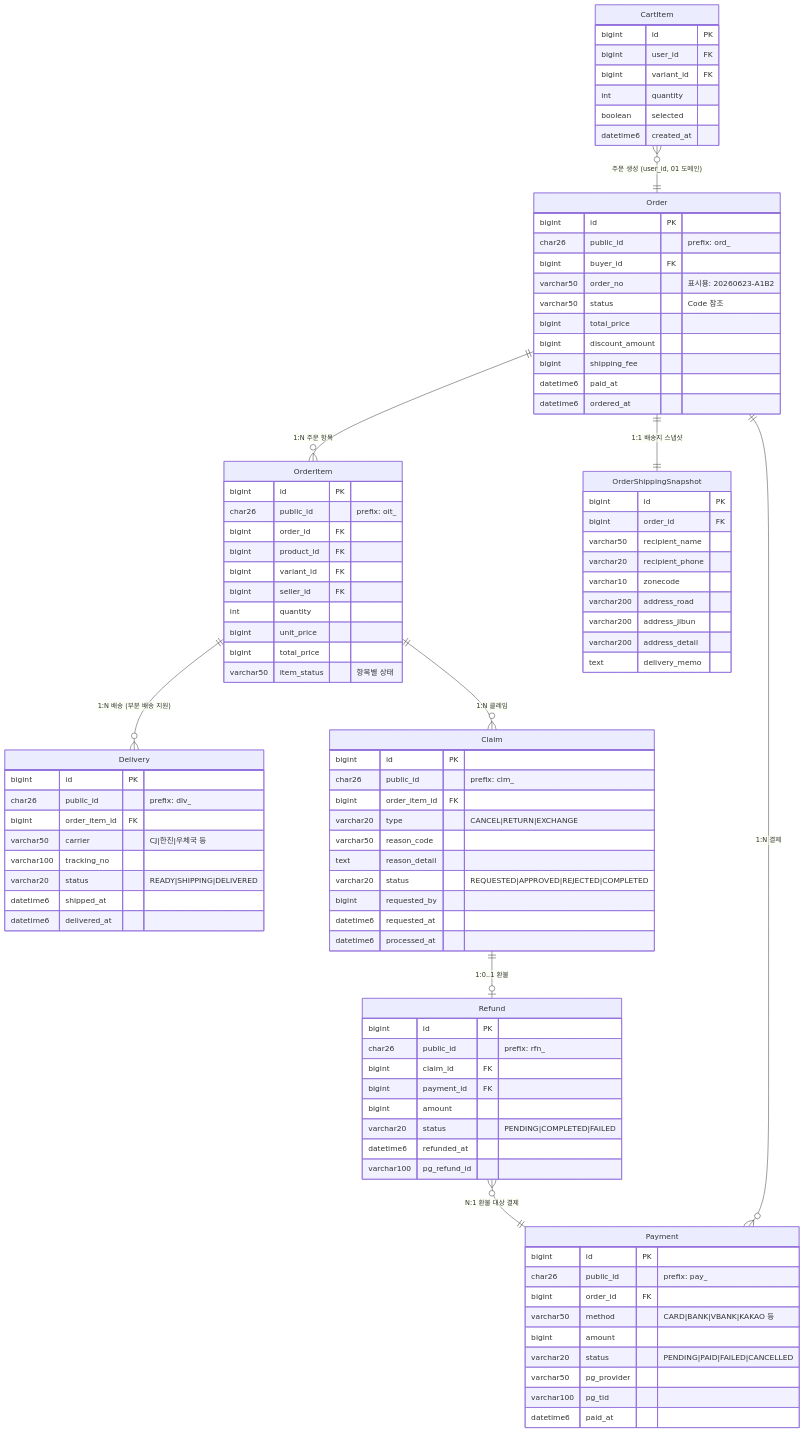
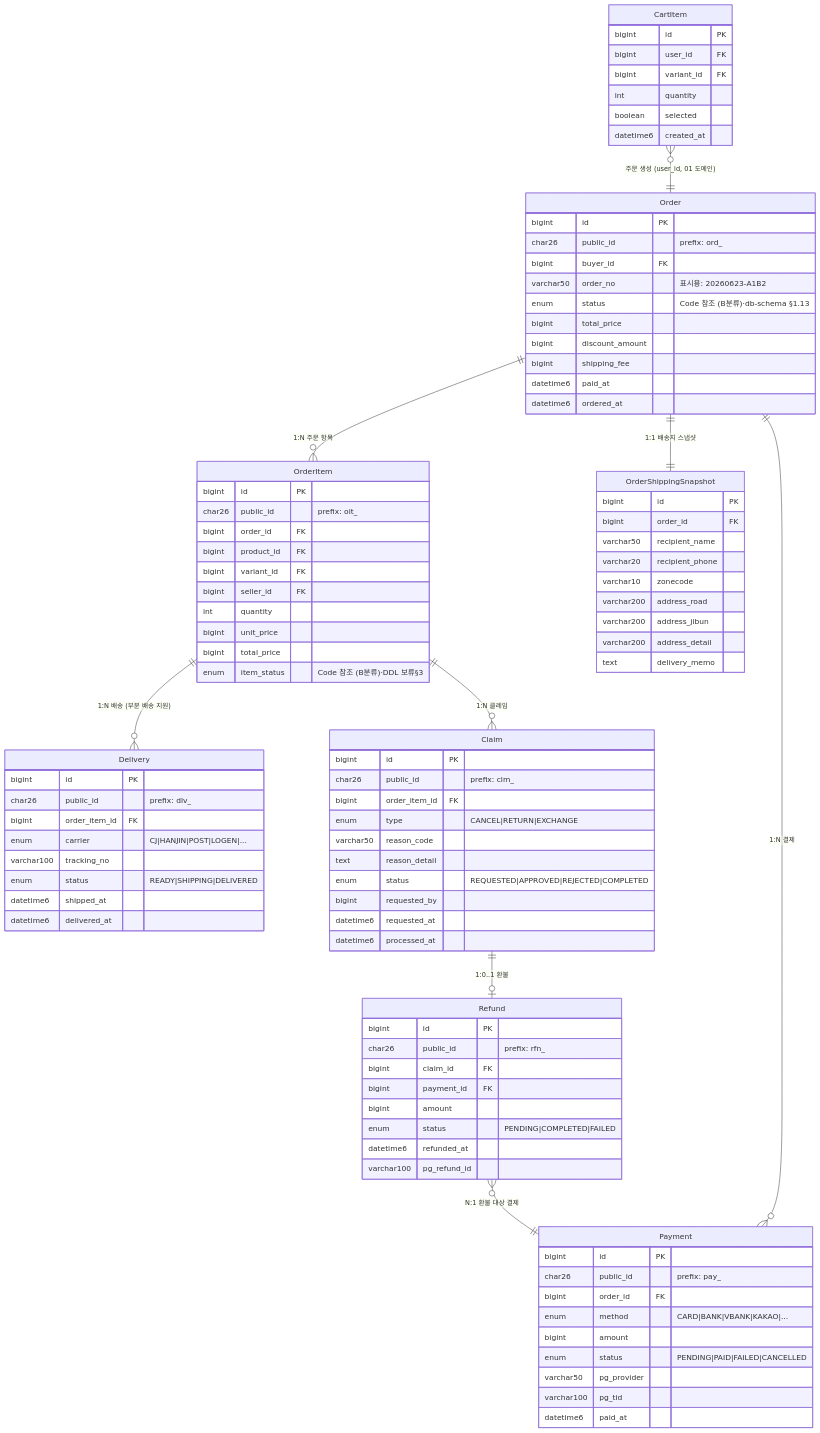
One commit to zeus721-zslab/zslab-mall changed the diagram in docs/design/erd/04-order-payment-delivery-claim.md. Above: the diagram before and after it, drawn with Mermaid. The commit also changed other lines of this file and 7 other files, not shown here.

First line of the commit message:
﻿docs(enum-policy): ERD enum 분류 정책 v2.3 확정

```diff
--- a/docs/design/erd/04-order-payment-delivery-claim.md
+++ b/docs/design/erd/04-order-payment-delivery-claim.md
@@ -22,7 +22,7 @@
         char26 public_id "prefix: ord_"
         bigint buyer_id FK
         varchar50 order_no "표시용: 20260623-A1B2"
-        varchar50 status "Code 참조"
+        enum status "Code 참조 (B분류)·db-schema §1.13"
         bigint total_price
         bigint discount_amount
         bigint shipping_fee
@@ -40,7 +40,7 @@
         int quantity
         bigint unit_price
         bigint total_price
-        varchar50 item_status "항목별 상태"
+        enum item_status "Code 참조 (B분류)·DDL 보류§3"
     }
 
     OrderShippingSnapshot {
@@ -59,9 +59,9 @@
         bigint id PK
         char26 public_id "prefix: pay_"
         bigint order_id FK
-        varchar50 method "CARD|BANK|VBANK|KAKAO 등"
+        enum method "CARD|BANK|VBANK|KAKAO|..."
         bigint amount
-        varchar20 status "PENDING|PAID|FAILED|CANCELLED"
+        enum status "PENDING|PAID|FAILED|CANCELLED"
         varchar50 pg_provider
         varchar100 pg_tid
         datetime6 paid_at
@@ -71,9 +71,9 @@
         bigint id PK
         char26 public_id "prefix: dlv_"
         bigint order_item_id FK
-        varchar50 carrier "CJ|한진|우체국 등"
+        enum carrier "CJ|HANJIN|POST|LOGEN|..."
         varchar100 tracking_no
-        varchar20 status "READY|SHIPPING|DELIVERED"
+        enum status "READY|SHIPPING|DELIVERED"
         datetime6 shipped_at
         datetime6 delivered_at
     }
@@ -82,10 +82,10 @@
         bigint id PK
         char26 public_id "prefix: clm_"
         bigint order_item_id FK
-        varchar20 type "CANCEL|RETURN|EXCHANGE"
+        enum type "CANCEL|RETURN|EXCHANGE"
         varchar50 reason_code
         text reason_detail
-        varchar20 status "REQUESTED|APPROVED|REJECTED|COMPLETED"
+        enum status "REQUESTED|APPROVED|REJECTED|COMPLETED"
         bigint requested_by
         datetime6 requested_at
         datetime6 processed_at
@@ -97,7 +97,7 @@
         bigint claim_id FK
         bigint payment_id FK
         bigint amount
-        varchar20 status "PENDING|COMPLETED|FAILED"
+        enum status "PENDING|COMPLETED|FAILED"
         datetime6 refunded_at
         varchar100 pg_refund_id
     }
```
